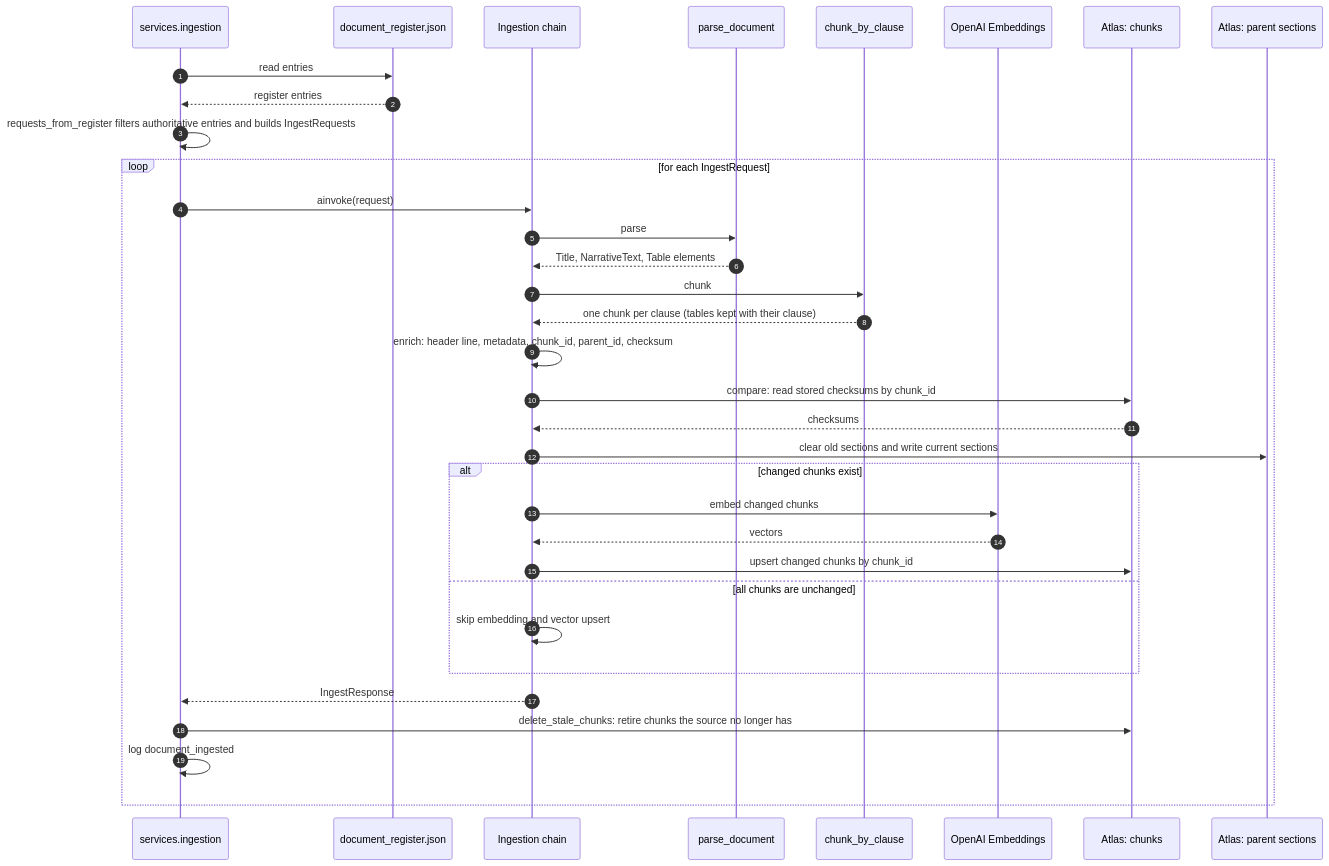
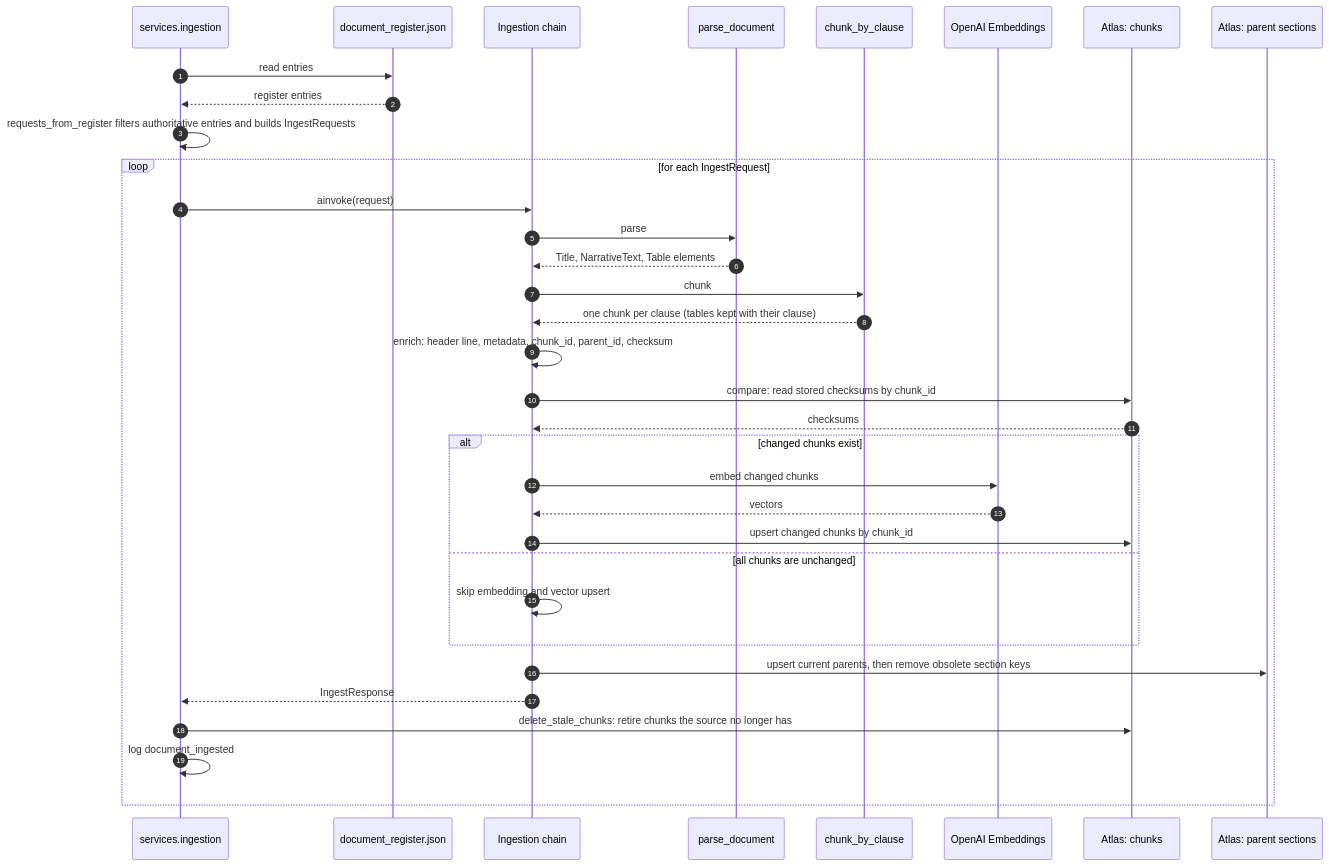
One commit to bharathk5678/NexaAssist changed diagram 11 of 16 in README.md. Above: the diagram before and after it, drawn with Mermaid. The commit also changed other lines of this file and 124 other files, not shown here.

````diff
--- a/README.md
+++ b/README.md
@@ -469,37 +558,37 @@
 ```mermaid
 sequenceDiagram
     autonumber
     participant CLI as services.ingestion
     participant REG as document_register.json
     participant CH as Ingestion chain
     participant PDF as parse_document
     participant UNS as chunk_by_clause
     participant OAI as OpenAI Embeddings
     participant DB as Atlas: chunks
     participant PSEC as Atlas: parent sections
 
     CLI->>REG: read entries
     REG-->>CLI: register entries
     CLI->>CLI: requests_from_register filters authoritative entries and builds IngestRequests
     loop for each IngestRequest
         CLI->>CH: ainvoke(request)
         CH->>PDF: parse
         PDF-->>CH: Title, NarrativeText, Table elements
         CH->>UNS: chunk
         UNS-->>CH: one chunk per clause (tables kept with their clause)
         CH->>CH: enrich: header line, metadata, chunk_id, parent_id, checksum
         CH->>DB: compare: read stored checksums by chunk_id
         DB-->>CH: checksums
-        CH->>PSEC: clear old sections and write current sections
         alt changed chunks exist
             CH->>OAI: embed changed chunks
             OAI-->>CH: vectors
             CH->>DB: upsert changed chunks by chunk_id
         else all chunks are unchanged
             CH->>CH: skip embedding and vector upsert
         end
+        CH->>PSEC: upsert current parents, then remove obsolete section keys
         CH-->>CLI: IngestResponse
         CLI->>DB: delete_stale_chunks: retire chunks the source no longer has
         CLI->>CLI: log document_ingested
     end
 ```
````
